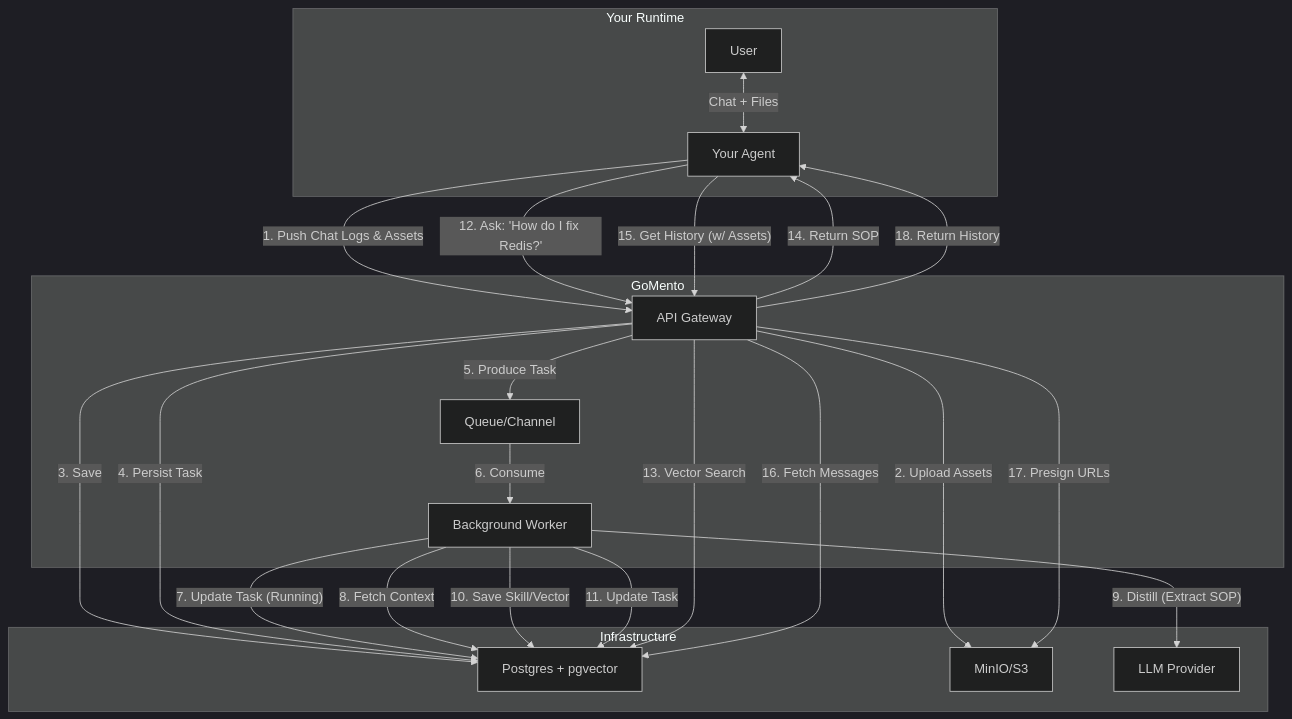
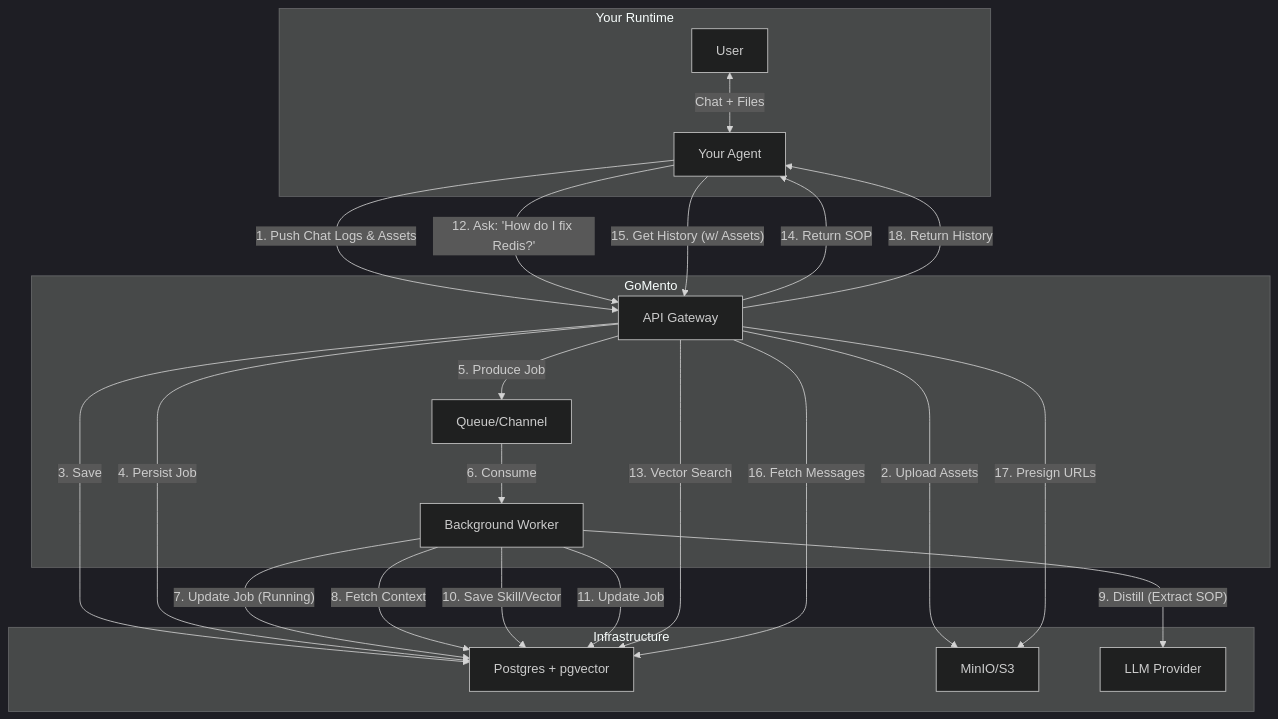
Before and after one commit to w-h-a/gomento: the first of 2 diagrams in README.md, drawn with Mermaid (dark theme). The commit also changed other lines of this file and 15 other files, not shown here.

````diff
--- a/README.md
+++ b/README.md
@@ -23,44 +23,44 @@
 ```mermaid
 graph TD
     subgraph "Your Runtime"
         User[User] <-->|Chat + Files| Agent[Your Agent]
     end
 
     subgraph "GoMento"
         API[API Gateway]
         Queue[Queue/Channel]
         Worker[Background Worker]
     end
 
     subgraph "Infrastructure"
         Postgres[Postgres + pgvector]
         MinIO[MinIO/S3]
         LLM[LLM Provider]
     end
 
     %% Flow 1: Storing Context
     Agent -- "1. Push Chat Logs & Assets" --> API
     API -- "2. Upload Assets" --> MinIO
     API -- "3. Save" --> Postgres
-    API -- "4. Persist Task" --> Postgres
-    API -- "5. Produce Task" --> Queue
+    API -- "4. Persist Job" --> Postgres
+    API -- "5. Produce Job" --> Queue
     
     %% Flow 2: Distillation
     Queue -- "6. Consume" --> Worker
-    Worker -- "7. Update Task (Running)" --> Postgres
+    Worker -- "7. Update Job (Running)" --> Postgres
     Worker -- "8. Fetch Context" --> Postgres
     Worker -- "9. Distill (Extract SOP)" --> LLM
     Worker -- "10. Save Skill/Vector" --> Postgres
-    Worker -- "11. Update Task" --> Postgres
+    Worker -- "11. Update Job" --> Postgres
 
     %% Flow 3: Retrieval (Skills)
     Agent -- "12. Ask: 'How do I fix Redis?'" --> API
     API -- "13. Vector Search" --> Postgres
     API -- "14. Return SOP" --> Agent
 
     %% Flow 4: Retrieval (Messages + Assets)
     Agent -- "15. Get History (w/ Assets)" --> API
     API -- "16. Fetch Messages" --> Postgres
     API -- "17. Presign URLs" --> MinIO
     API -- "18. Return History" --> Agent
 ```
````
